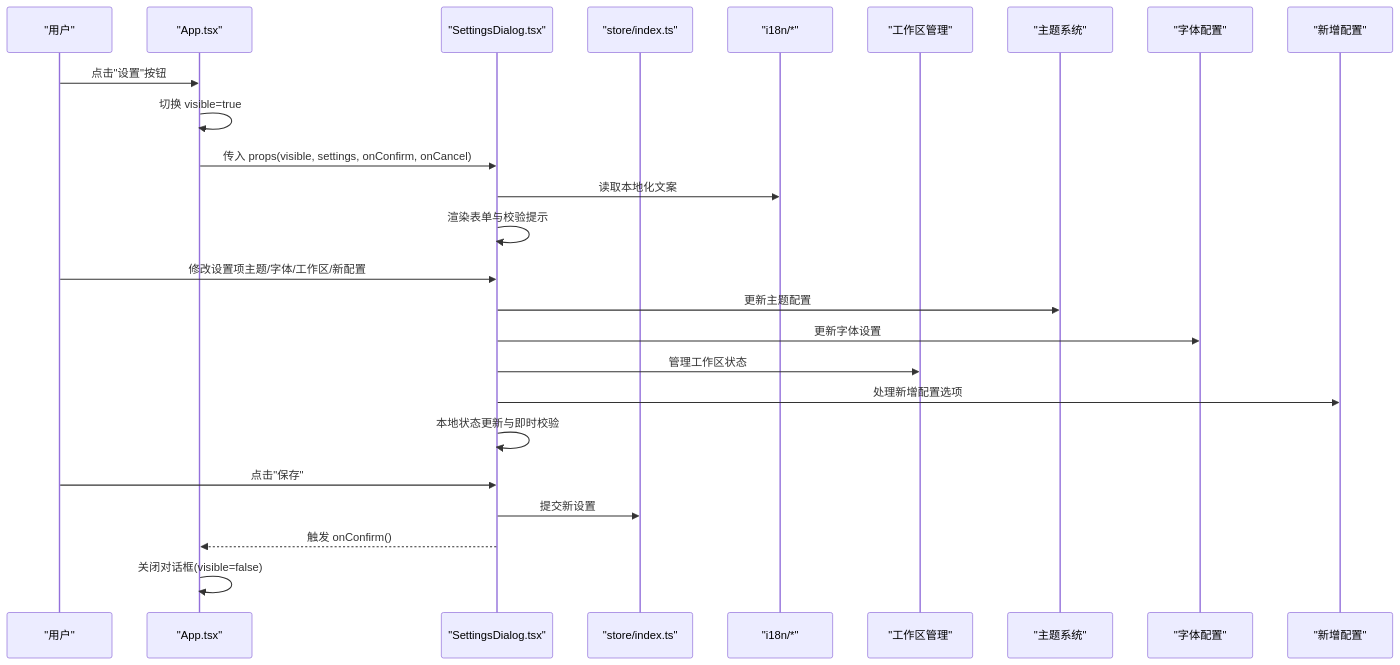
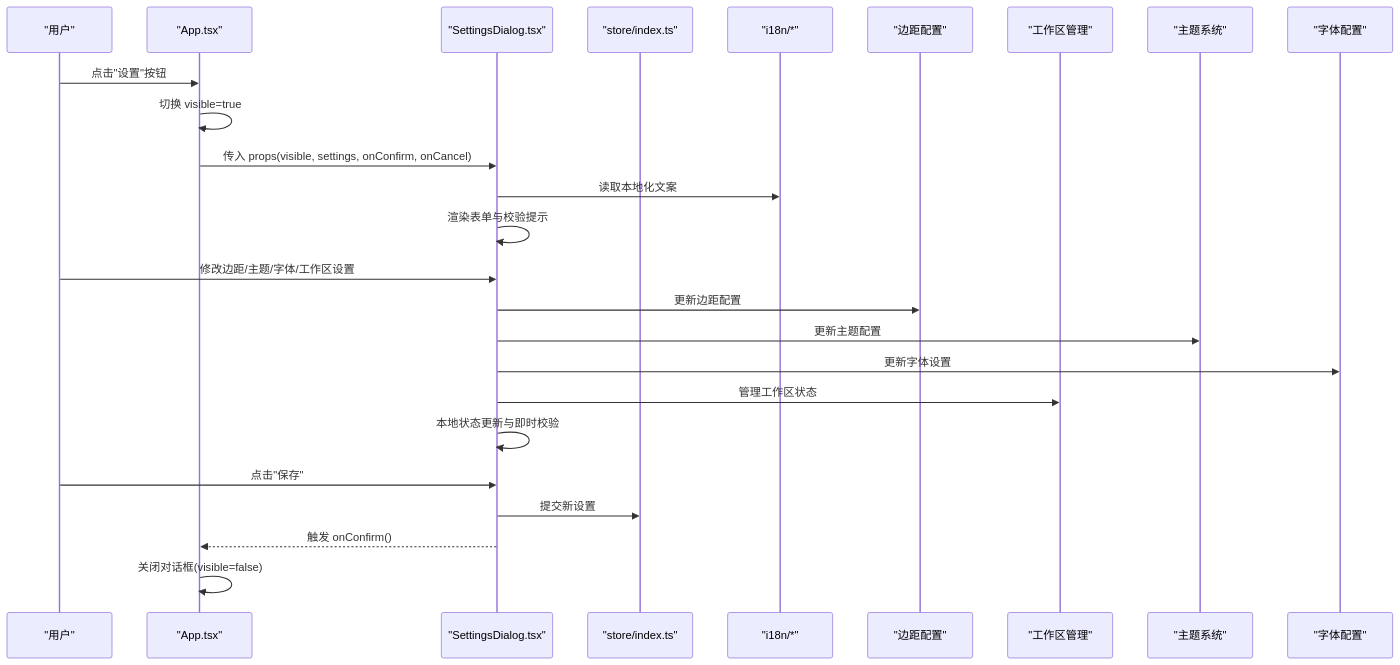
The second of 4 diagrams in .qoder/repowiki/zh/content/对话框系统.md (gongshiyun/ZenNote), drawn with Mermaid before and after one commit. The commit also changed other lines of this file and 30 other files, not shown here.

````diff
--- a/.qoder/repowiki/zh/content/对话框系统.md
+++ b/.qoder/repowiki/zh/content/对话框系统.md
@@ -99,27 +99,27 @@
 ```mermaid
 sequenceDiagram
 participant U as "用户"
 participant A as "App.tsx"
 participant SD as "SettingsDialog.tsx"
 participant ST as "store/index.ts"
 participant I18N as "i18n/*"
+participant MC as "边距配置"
 participant WS as "工作区管理"
 participant TH as "主题系统"
 participant FT as "字体配置"
-participant NC as "新增配置"
 U->>A : 点击"设置"按钮
 A->>A : 切换 visible=true
 A->>SD : 传入 props(visible, settings, onConfirm, onCancel)
 SD->>I18N : 读取本地化文案
 SD->>SD : 渲染表单与校验提示
-U->>SD : 修改设置项主题/字体/工作区/新配置
+U->>SD : 修改边距/主题/字体/工作区设置
+SD->>MC : 更新边距配置
 SD->>TH : 更新主题配置
 SD->>FT : 更新字体设置
 SD->>WS : 管理工作区状态
-SD->>NC : 处理新增配置选项
 SD->>SD : 本地状态更新与即时校验
 U->>SD : 点击"保存"
 SD->>ST : 提交新设置
 SD-->>A : 触发 onConfirm()
 A->>A : 关闭对话框(visible=false)
 ```
````
